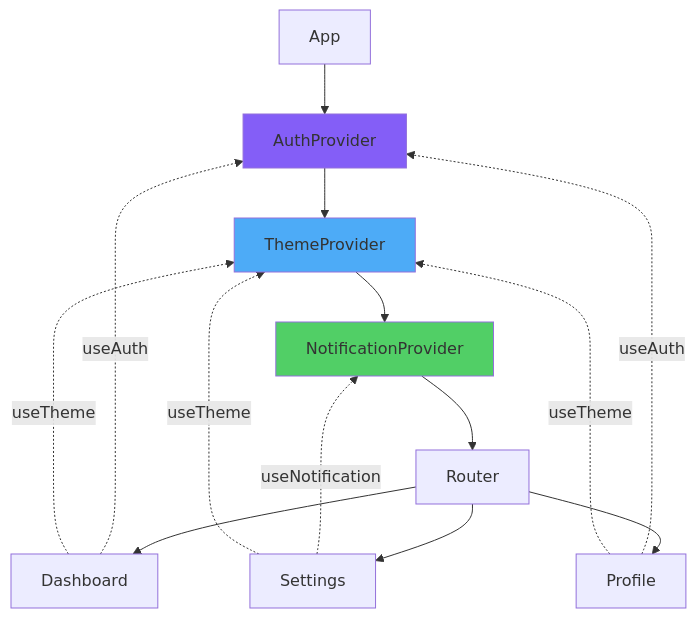
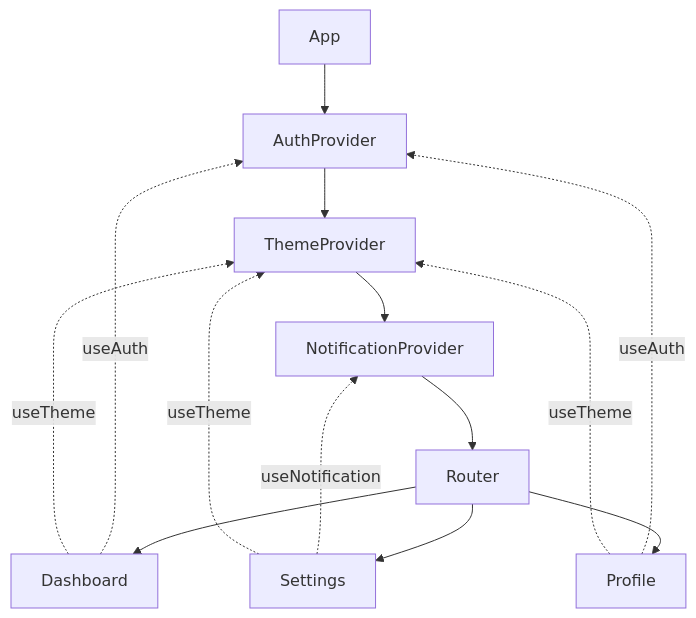
One commit to BabaScience/react-guides changed the third of 7 diagrams in arguments/chapters/06-state-management.md. Above: the diagram before and after it, drawn with Mermaid. The commit also changed other lines of this file and 29 other files, not shown here.

First line of the commit message:
Bring React FR/IT translations to full English parity + theme-safe diagrams

````diff
--- a/arguments/chapters/06-state-management.md
+++ b/arguments/chapters/06-state-management.md
@@ -339,21 +333,18 @@
 ```mermaid
 flowchart TD
     A["App"] --> B["AuthProvider"]
     B --> C["ThemeProvider"]
     C --> D["NotificationProvider"]
     D --> E["Router"]
     E --> F["Dashboard"]
     E --> G["Profile"]
     E --> H["Settings"]
 
     F -.useAuth.-> B
     F -.useTheme.-> C
     G -.useAuth.-> B
     G -.useTheme.-> C
     H -.useNotification.-> D
     H -.useTheme.-> C
 
-    style B fill:#845ef7
-    style C fill:#4dabf7
-    style D fill:#51cf66
 ```
````
